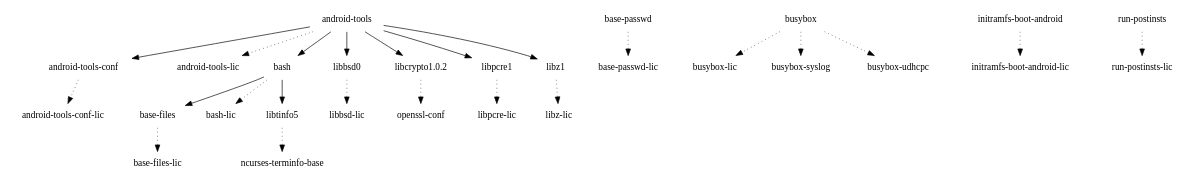
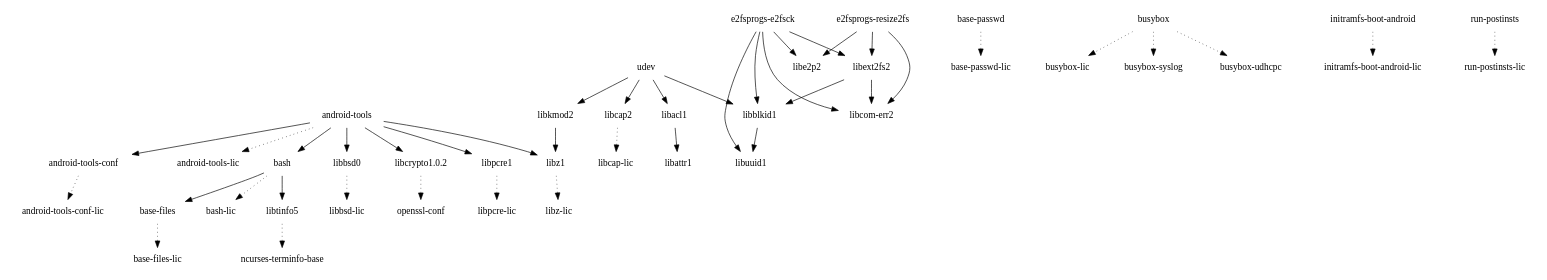
Before and after one commit to webOS-ports/buildhistory: the diagram in images/mako/glibc/initramfs-android-image/depends-nokernel-nolibc-noupdate-nomodules.dot, drawn with Graphviz. The commit also changed 11318 other files, not shown here.

```diff
--- a/images/mako/glibc/initramfs-android-image/depends-nokernel-nolibc-noupdate-nomodules.dot
+++ b/images/mako/glibc/initramfs-android-image/depends-nokernel-nolibc-noupdate-nomodules.dot
@@ -1,26 +1,44 @@
 digraph depends {
     node [shape=plaintext]
 "android-tools" -> "android-tools-conf"
 "android-tools" -> "android-tools-lic" [style=dotted]
 "android-tools" -> "bash"
 "android-tools-conf" -> "android-tools-conf-lic" [style=dotted]
 "android-tools" -> "libbsd0"
 "android-tools" -> "libcrypto1.0.2"
 "android-tools" -> "libpcre1"
 "android-tools" -> "libz1"
 "base-files" -> "base-files-lic" [style=dotted]
 "base-passwd" -> "base-passwd-lic" [style=dotted]
 "bash" -> "base-files"
 "bash" -> "bash-lic" [style=dotted]
 "bash" -> "libtinfo5"
 "busybox" -> "busybox-lic" [style=dotted]
 "busybox" -> "busybox-syslog" [style=dotted]
 "busybox" -> "busybox-udhcpc" [style=dotted]
+"e2fsprogs-e2fsck" -> "libblkid1"
+"e2fsprogs-e2fsck" -> "libcom-err2"
+"e2fsprogs-e2fsck" -> "libe2p2"
+"e2fsprogs-e2fsck" -> "libext2fs2"
+"e2fsprogs-e2fsck" -> "libuuid1"
+"e2fsprogs-resize2fs" -> "libcom-err2"
+"e2fsprogs-resize2fs" -> "libe2p2"
+"e2fsprogs-resize2fs" -> "libext2fs2"
 "initramfs-boot-android" -> "initramfs-boot-android-lic" [style=dotted]
+"libacl1" -> "libattr1"
+"libblkid1" -> "libuuid1"
 "libbsd0" -> "libbsd-lic" [style=dotted]
+"libcap2" -> "libcap-lic" [style=dotted]
 "libcrypto1.0.2" -> "openssl-conf" [style=dotted]
+"libext2fs2" -> "libblkid1"
+"libext2fs2" -> "libcom-err2"
+"libkmod2" -> "libz1"
 "libpcre1" -> "libpcre-lic" [style=dotted]
 "libtinfo5" -> "ncurses-terminfo-base" [style=dotted]
 "libz1" -> "libz-lic" [style=dotted]
 "run-postinsts" -> "run-postinsts-lic" [style=dotted]
+"udev" -> "libacl1"
+"udev" -> "libblkid1"
+"udev" -> "libcap2"
+"udev" -> "libkmod2"
 }
```
